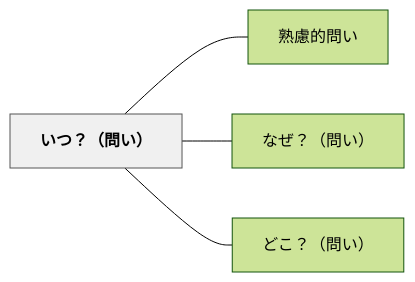
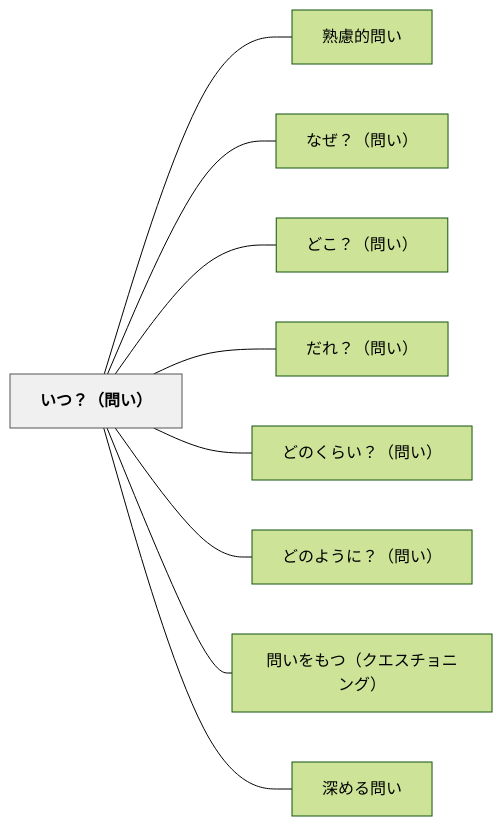
The diagram in content/パタン/いつ？（問い）.md (unknownthings-ed-patterns/unknownthings-ed-patterns), drawn with Mermaid (forest theme) before and after one commit. The commit also changed other lines of this file and 36 other files, not shown here.

````diff
--- a/content/パタン/いつ？（問い）.md
+++ b/content/パタン/いつ？（問い）.md
@@ -40,14 +45,24 @@
 ```mermaid
 flowchart LR
     ne38184e381a4efbc9fefbc88e5958fe38184efbc89["いつ？（問い）"]
     ne7869fe685aee79a84e5958fe38184["熟慮的問い"]
     ne381aae3819cefbc9fefbc88e5958fe38184efbc89["なぜ？（問い）"]
     ne381a9e38193efbc9fefbc88e5958fe38184efbc89["どこ？（問い）"]
+    ne381a0e3828cefbc9fefbc88e5958fe38184efbc89["だれ？（問い）"]
+    ne381a9e381aee3818fe38289e38184efbc9fefbc88e5958fe38184efbc89["どのくらい？（問い）"]
+    ne381a9e381aee38288e38186e381abefbc9fefbc88e5958fe38184efbc89["どのように？（問い）"]
+    ne5958fe38184e38292e38282e381a4efbc88e382afe382a8e382b9e38381e383a7e3838be383b3e382b0efbc89["問いをもつ（クエスチョニング）"]
+    ne6b7b1e38281e3828be5958fe38184["深める問い"]
 
     ne38184e381a4efbc9fefbc88e5958fe38184efbc89 --- ne7869fe685aee79a84e5958fe38184
     ne38184e381a4efbc9fefbc88e5958fe38184efbc89 --- ne381aae3819cefbc9fefbc88e5958fe38184efbc89
     ne38184e381a4efbc9fefbc88e5958fe38184efbc89 --- ne381a9e38193efbc9fefbc88e5958fe38184efbc89
+    ne38184e381a4efbc9fefbc88e5958fe38184efbc89 --- ne381a0e3828cefbc9fefbc88e5958fe38184efbc89
+    ne38184e381a4efbc9fefbc88e5958fe38184efbc89 --- ne381a9e381aee3818fe38289e38184efbc9fefbc88e5958fe38184efbc89
+    ne38184e381a4efbc9fefbc88e5958fe38184efbc89 --- ne381a9e381aee38288e38186e381abefbc9fefbc88e5958fe38184efbc89
+    ne38184e381a4efbc9fefbc88e5958fe38184efbc89 --- ne5958fe38184e38292e38282e381a4efbc88e382afe382a8e382b9e38381e383a7e3838be383b3e382b0efbc89
+    ne38184e381a4efbc9fefbc88e5958fe38184efbc89 --- ne6b7b1e38281e3828be5958fe38184
 
     classDef hub fill:#f0f0f0,stroke:#555,color:#000,font-weight:bold
     class ne38184e381a4efbc9fefbc88e5958fe38184efbc89 hub
 ```
````
